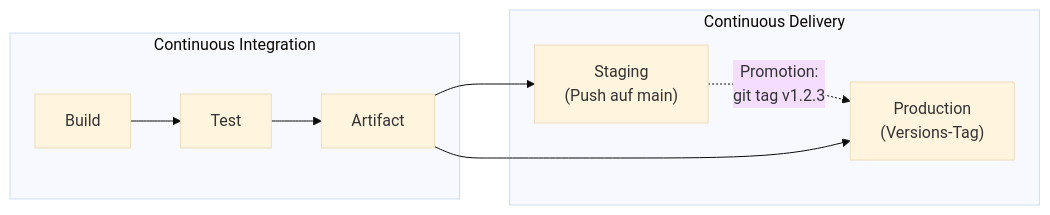
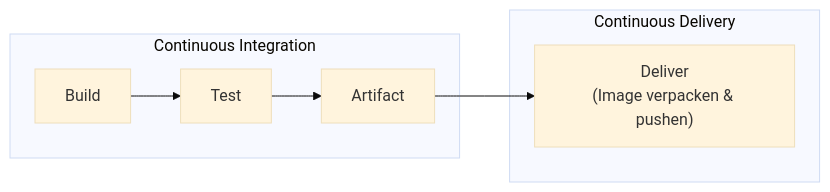
One commit to realAP/clean-infrastructure changed the diagram in README.md. Above: the diagram before and after it, drawn with Mermaid (base theme). The commit also changed other lines of this file and 2 other files, not shown here.

First line of the commit message:
Simplify CD to a single deliver stage with dev/latest tag split (#4)

````diff
--- a/README.md
+++ b/README.md
@@ -19,13 +19,10 @@
 ```mermaid
 flowchart LR
     subgraph CI [Continuous Integration]
         B[Build] --> T[Test] --> A[Artifact]
     end
     subgraph CD [Continuous Delivery]
-        S["Staging<br>(Push auf main)"]
-        P["Production<br>(Versions-Tag)"]
-        S -. "Promotion:<br>git tag v1.2.3" .-> P
+        D["Deliver<br>(Image verpacken & pushen)"]
     end
-    A --> S
-    A --> P
+    A --> D
 ```
````
